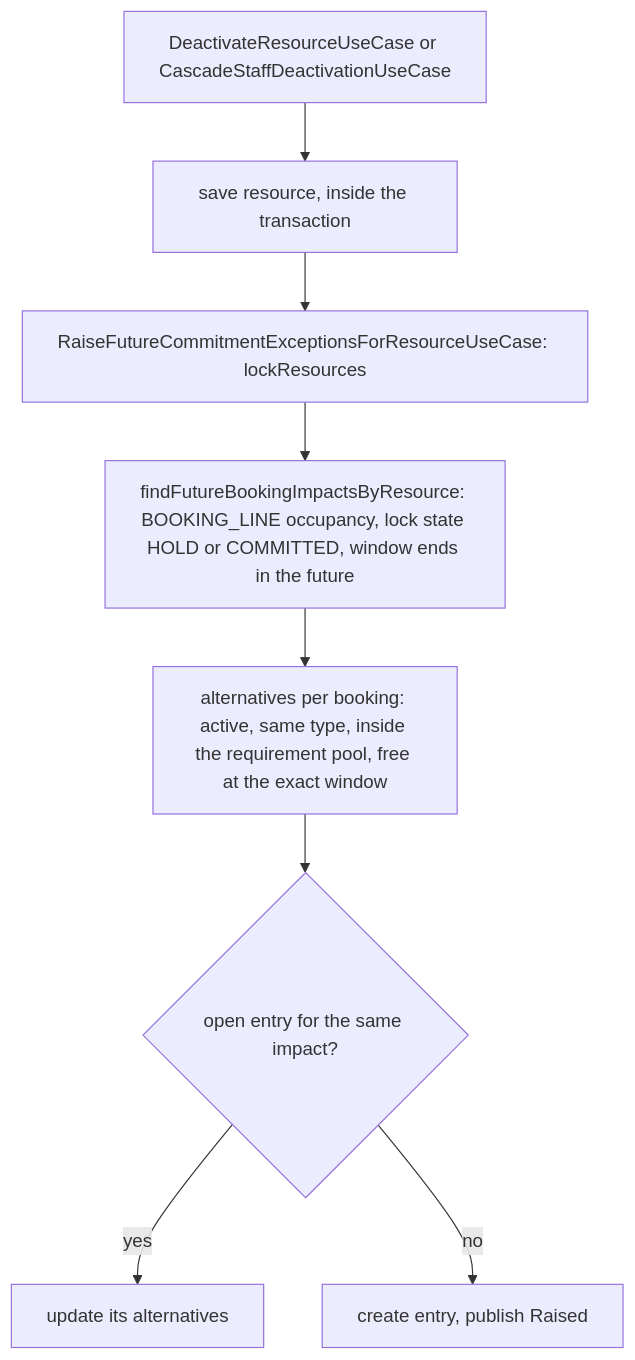
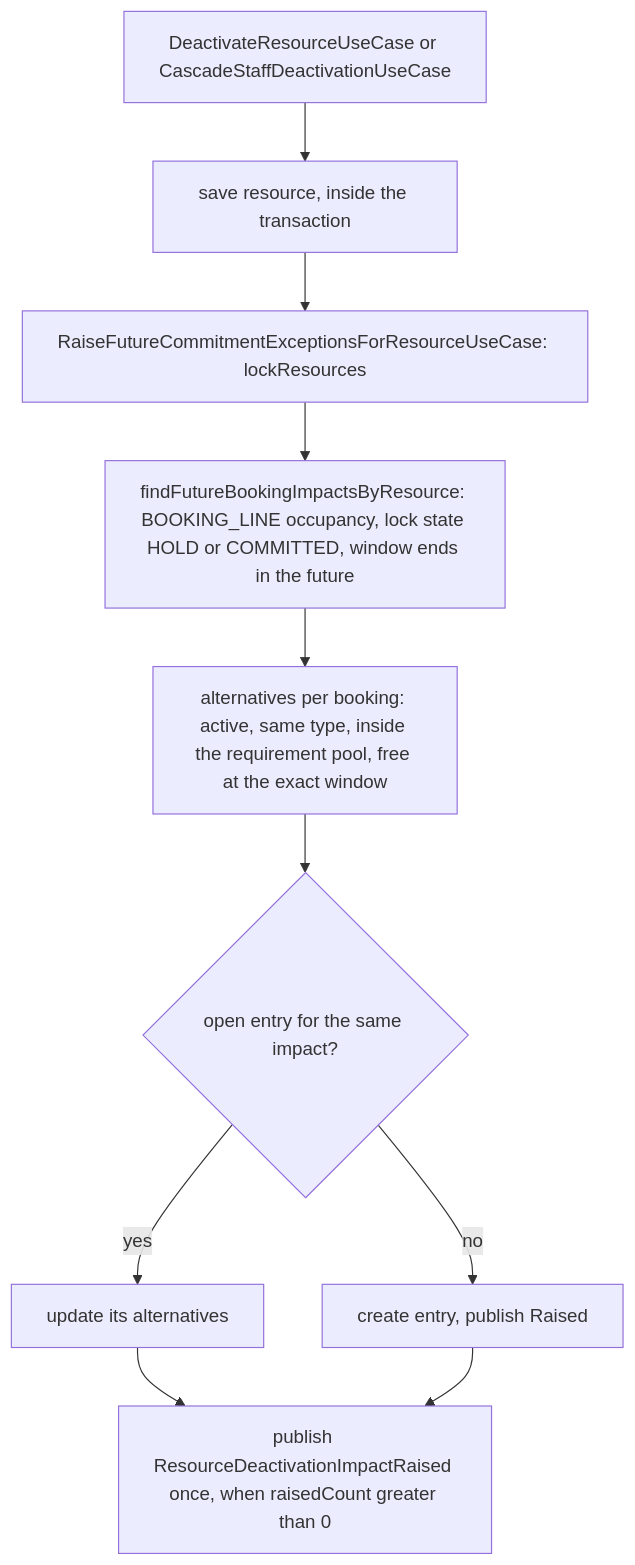
One commit to lmmoreira/ikaro changed the ninth of 10 diagrams in docs/27-BUSINESS_LOGIC_REFERENCE.md. Above: the diagram before and after it, drawn with Mermaid. The commit also changed other lines of this file, not shown here.

````diff
--- a/docs/27-BUSINESS_LOGIC_REFERENCE.md
+++ b/docs/27-BUSINESS_LOGIC_REFERENCE.md
@@ -346,10 +346,12 @@
 ```mermaid
 flowchart TD
   A[DeactivateResourceUseCase or CascadeStaffDeactivationUseCase] --> B[save resource, inside the transaction]
   B --> C[RaiseFutureCommitmentExceptionsForResourceUseCase: lockResources]
   C --> D[findFutureBookingImpactsByResource: BOOKING_LINE occupancy, lock state HOLD or COMMITTED, window ends in the future]
   D --> E[alternatives per booking: active, same type, inside the requirement pool, free at the exact window]
   E --> F{open entry for the same impact?}
   F -- yes --> G[update its alternatives]
   F -- no --> H[create entry, publish Raised]
+  G --> I[publish ResourceDeactivationImpactRaised once, when raisedCount greater than 0]
+  H --> I
 ```
````
